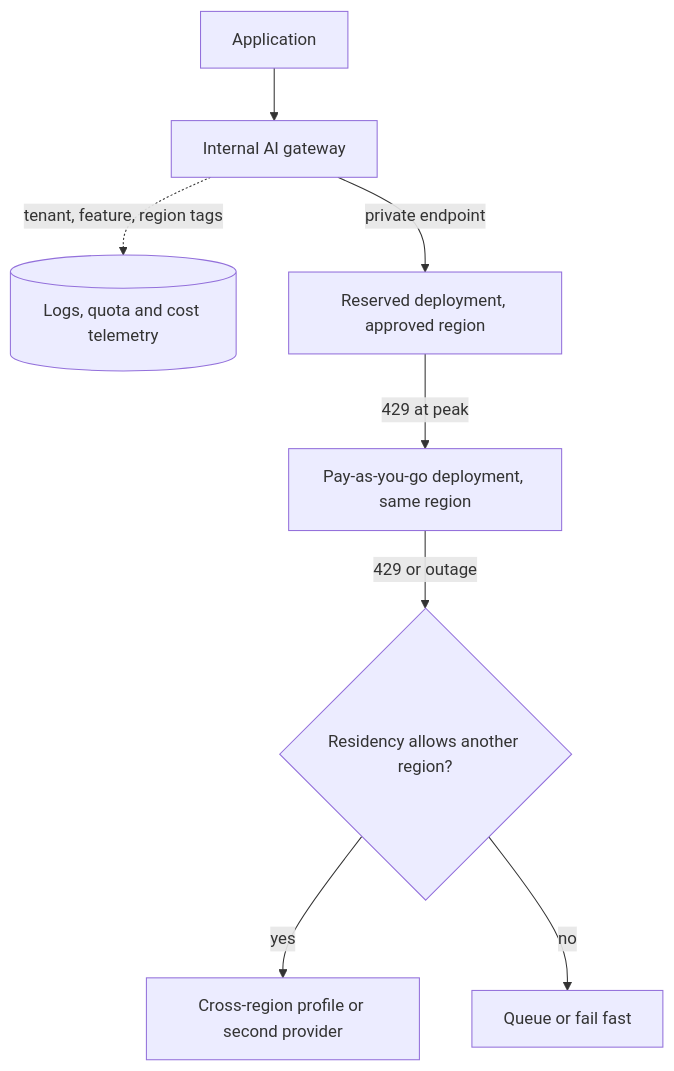
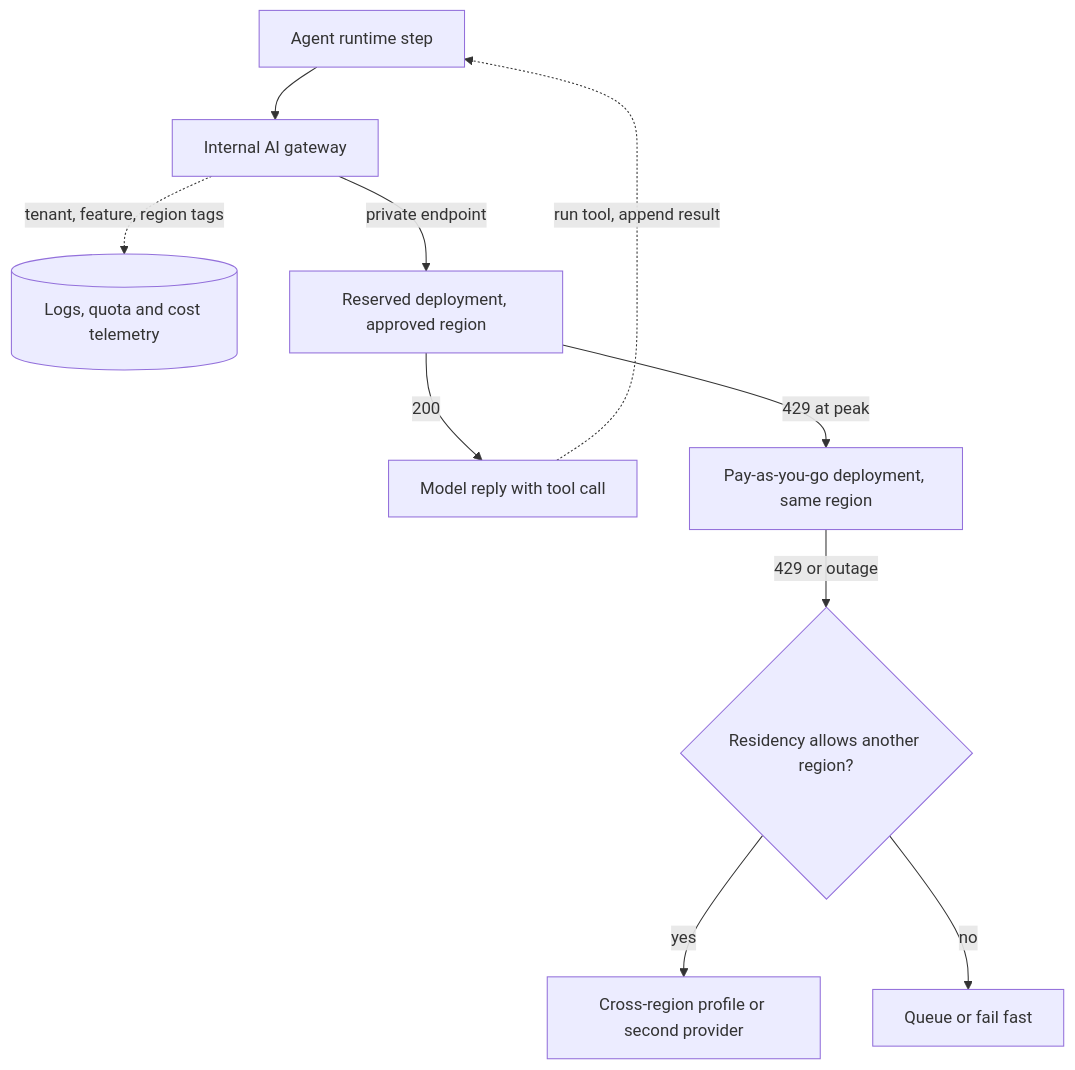
Before and after one commit to lovishmahajan97/agentic-learning: the diagram in content/infra-capacity-economics/cloud-ai-architecture.md, drawn with Mermaid. The commit also changed other lines of this file and 485 other files, not shown here.

````diff
--- a/content/infra-capacity-economics/cloud-ai-architecture.md
+++ b/content/infra-capacity-economics/cloud-ai-architecture.md
@@ -156,10 +184,12 @@
 ```mermaid
 flowchart TD
-    A["Application"] --> G["Internal AI gateway"]
+    A["Agent runtime step"] --> G["Internal AI gateway"]
+    R2["Model reply with tool call"] -.->|"run tool, append result"| A
     G -.->|"tenant, feature, region tags"| T[("Logs, quota and cost telemetry")]
     G -->|"private endpoint"| R["Reserved deployment, approved region"]
+    R -->|"200"| R2
     R -->|"429 at peak"| P["Pay-as-you-go deployment, same region"]
     P -->|"429 or outage"| F{"Residency allows another region?"}
     F -->|"yes"| X["Cross-region profile or second provider"]
     F -->|"no"| Q["Queue or fail fast"]
 ```
````
